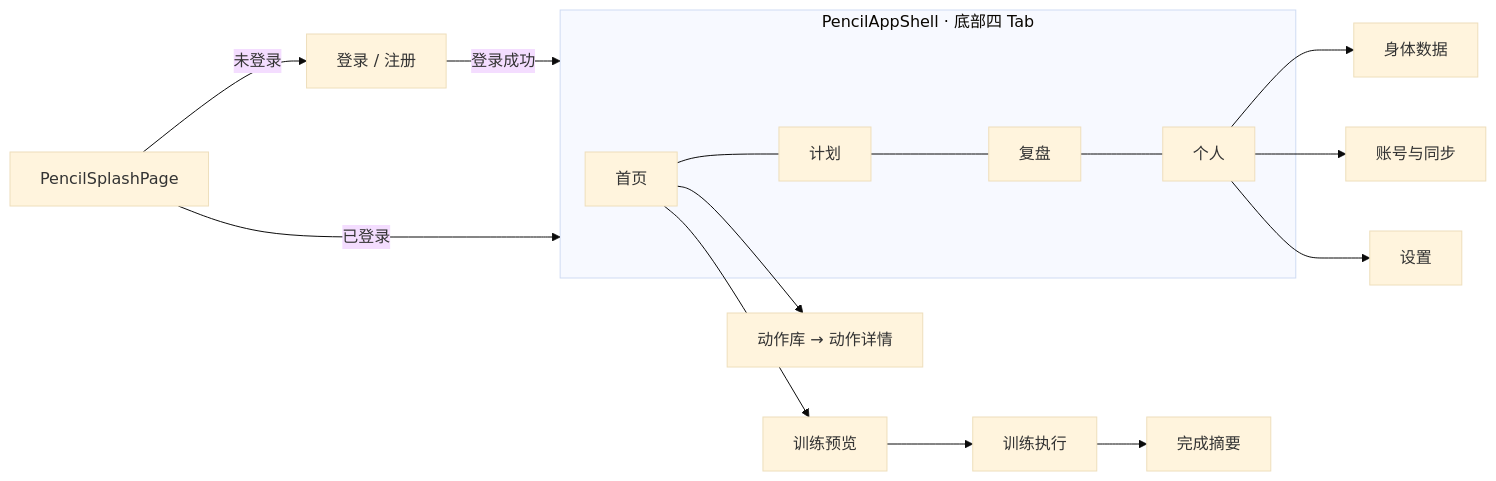
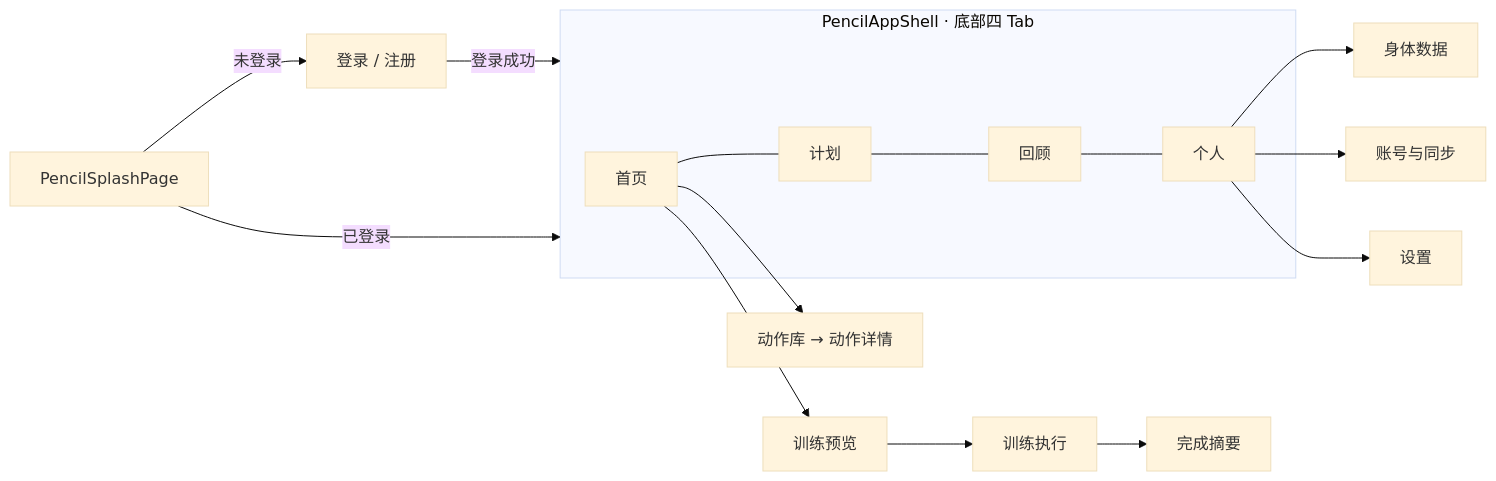
Before and after one commit to EarthxxRhythm/FitTracker: the diagram in README.md, drawn with Mermaid (base theme). The commit also changed other lines of this file and 192 other files, not shown here.

````diff
--- a/README.md
+++ b/README.md
@@ -126,14 +126,14 @@
 ```mermaid
 flowchart LR
   S[PencilSplashPage] -- 未登录 --> L[登录 / 注册]
   L -- 登录成功 --> Shell
   S -- 已登录 --> Shell
   subgraph Shell[PencilAppShell · 底部四 Tab]
-    Home[首页] --- Plan[计划] --- Review[复盘] --- Profile[个人]
+    Home[首页] --- Plan[计划] --- Review[回顾] --- Profile[个人]
   end
   Home --> P[训练预览] --> A[训练执行] --> C[完成摘要]
   Home --> Lib[动作库 → 动作详情]
   Profile --> Body[身体数据]
   Profile --> Acc[账号与同步]
   Profile --> Set[设置]
 ```
````
